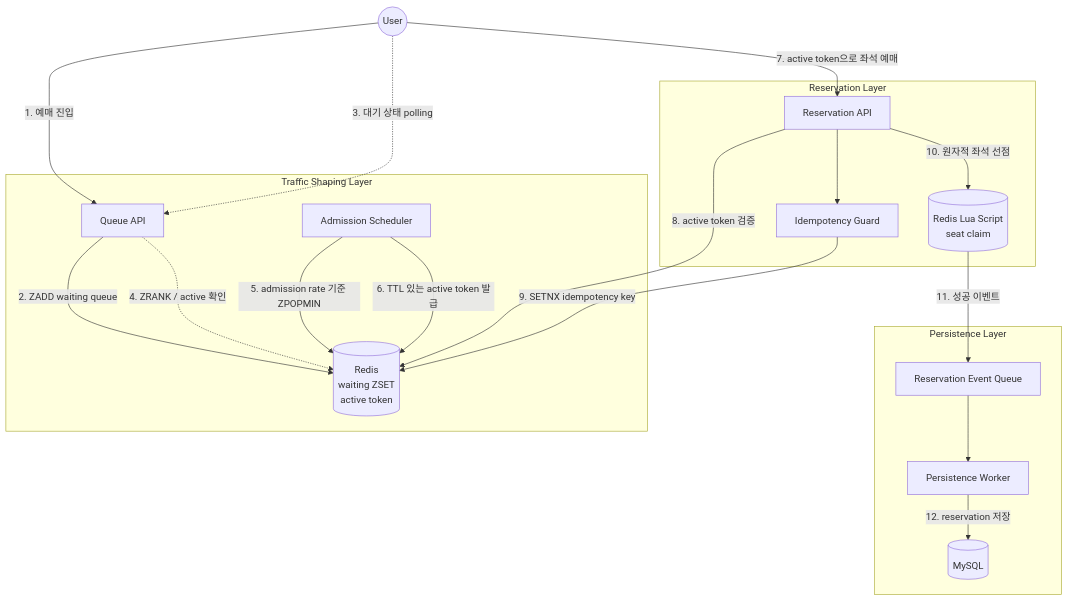
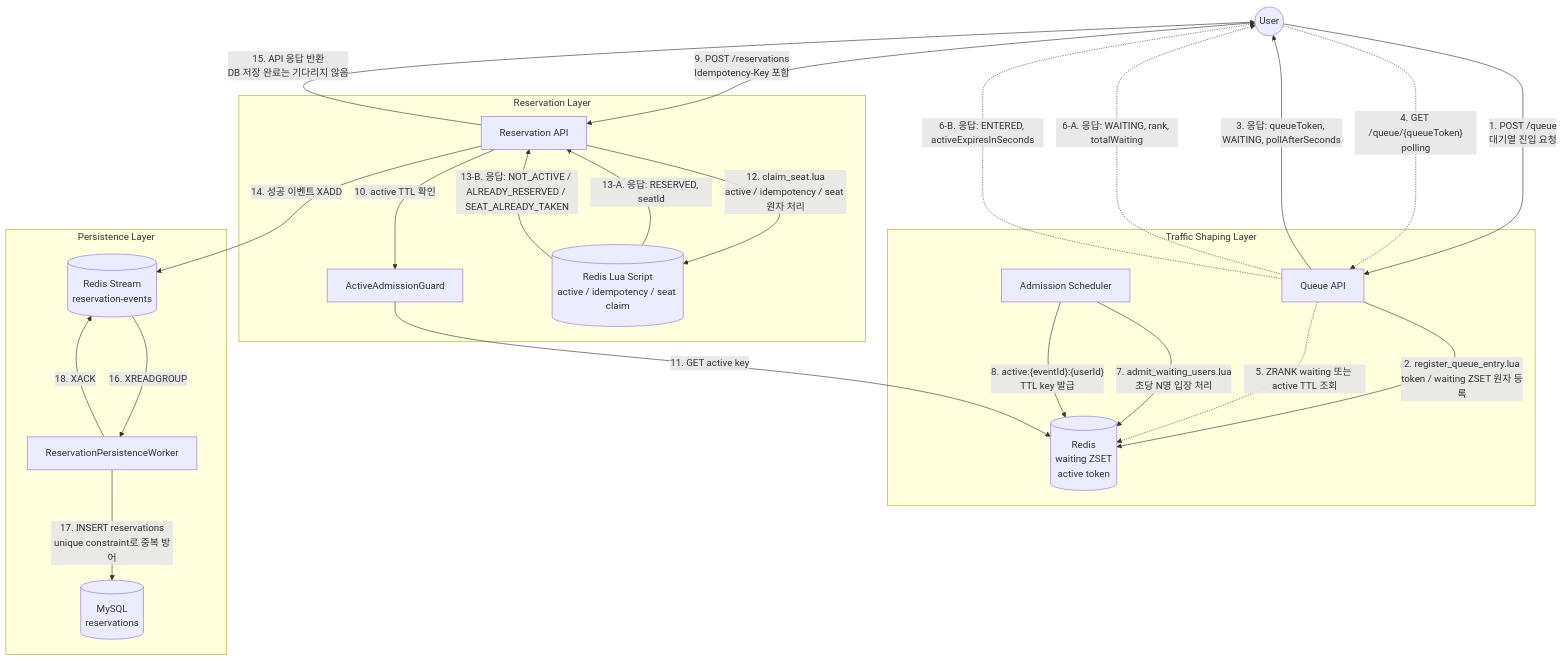
The diagram in docs/architecture.md (LEE-HYUN-JE/ticketing-system), drawn with Mermaid before and after one commit. The commit also changed other lines of this file and 32 other files, not shown here.

Commit message:
docs: clarify Redis Stream architecture and split DTOs

````diff
--- a/docs/architecture.md
+++ b/docs/architecture.md
@@ -9,37 +9,43 @@
 ```mermaid
 flowchart TD
     User((User))
 
     subgraph TrafficShaping["Traffic Shaping Layer"]
         QueueApi["Queue API"]
         Scheduler["Admission Scheduler"]
         RedisQueue[("Redis\nwaiting ZSET\nactive token")]
     end
 
     subgraph ReservationLayer["Reservation Layer"]
         ReservationApi["Reservation API"]
-        Idempotency["Idempotency Guard"]
-        SeatLua[("Redis Lua Script\nseat claim")]
+        ActiveGuard["ActiveAdmissionGuard"]
+        SeatLua[("Redis Lua Script\nactive / idempotency / seat claim")]
     end
 
     subgraph PersistenceLayer["Persistence Layer"]
-        EventQueue["Reservation Event Queue"]
-        Worker["Persistence Worker"]
-        MySQL[("MySQL")]
+        EventQueue[("Redis Stream\nreservation-events")]
+        Worker["ReservationPersistenceWorker"]
+        MySQL[("MySQL\nreservations")]
     end
 
-    User -->|"1. 예매 진입"| QueueApi
-    QueueApi -->|"2. ZADD waiting queue"| RedisQueue
-    User -.->|"3. 대기 상태 polling"| QueueApi
-    QueueApi -.->|"4. ZRANK / active 확인"| RedisQueue
-    Scheduler -->|"5. admission rate 기준 ZPOPMIN"| RedisQueue
-    Scheduler -->|"6. TTL 있는 active token 발급"| RedisQueue
-    User -->|"7. active token으로 좌석 예매"| ReservationApi
-    ReservationApi -->|"8. active token 검증"| RedisQueue
-    ReservationApi --> Idempotency
-    Idempotency -->|"9. SETNX idempotency key"| RedisQueue
-    ReservationApi -->|"10. 원자적 좌석 선점"| SeatLua
-    SeatLua -->|"11. 성공 이벤트"| EventQueue
-    EventQueue --> Worker
-    Worker -->|"12. reservation 저장"| MySQL
+    User -->|"1. POST /queue<br/>대기열 진입 요청"| QueueApi
+    QueueApi -->|"2. register_queue_entry.lua<br/>token / waiting ZSET 원자 등록"| RedisQueue
+    QueueApi -->|"3. 응답: queueToken, WAITING, pollAfterSeconds"| User
+    User -.->|"4. GET /queue/{queueToken}<br/>polling"| QueueApi
+    QueueApi -.->|"5. ZRANK waiting 또는 active TTL 조회"| RedisQueue
+    QueueApi -.->|"6-A. 응답: WAITING, rank, totalWaiting"| User
+    QueueApi -.->|"6-B. 응답: ENTERED, activeExpiresInSeconds"| User
+    Scheduler -->|"7. admit_waiting_users.lua<br/>초당 N명 입장 처리"| RedisQueue
+    Scheduler -->|"8. active:{eventId}:{userId}<br/>TTL key 발급"| RedisQueue
+    User -->|"9. POST /reservations<br/>Idempotency-Key 포함"| ReservationApi
+    ReservationApi -->|"10. active TTL 확인"| ActiveGuard
+    ActiveGuard -->|"11. GET active key"| RedisQueue
+    ReservationApi -->|"12. claim_seat.lua<br/>active / idempotency / seat 원자 처리"| SeatLua
+    SeatLua -->|"13-A. 응답: RESERVED, seatId"| ReservationApi
+    SeatLua -->|"13-B. 응답: NOT_ACTIVE / ALREADY_RESERVED / SEAT_ALREADY_TAKEN"| ReservationApi
+    ReservationApi -->|"14. 성공 이벤트 XADD"| EventQueue
+    ReservationApi -->|"15. API 응답 반환<br/>DB 저장 완료는 기다리지 않음"| User
+    EventQueue -->|"16. XREADGROUP"| Worker
+    Worker -->|"17. INSERT reservations<br/>unique constraint로 중복 방어"| MySQL
+    Worker -->|"18. XACK"| EventQueue
 ```
````
